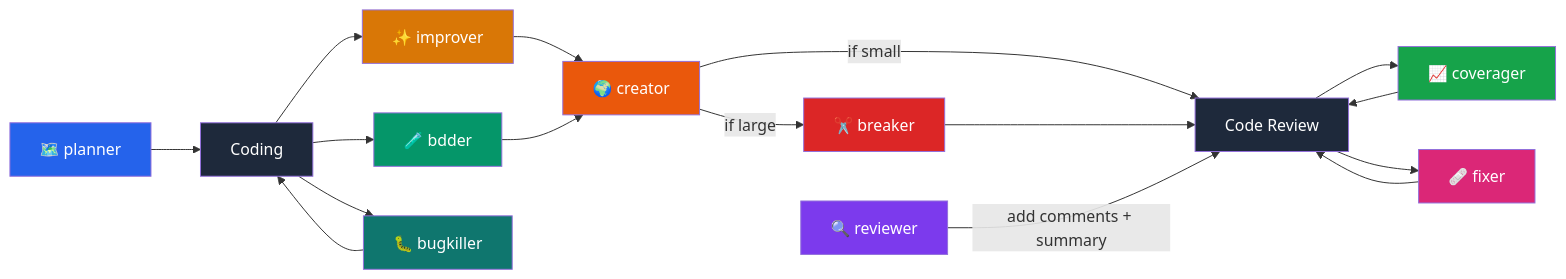
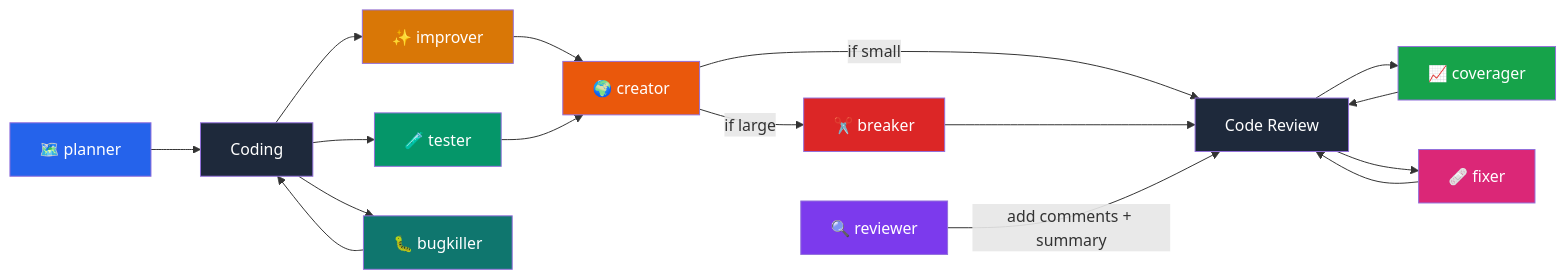
The diagram in README.md (Victorcorcos/skills), drawn with Mermaid before and after one commit. The commit also changed other lines of this file and 5 other files, not shown here.

Commit message:
Update /bdder to /tester

````diff
--- a/README.md
+++ b/README.md
@@ -58,30 +58,30 @@
 ```mermaid
 flowchart LR
     A[🗺️ planner] --> B[Coding]
     B --> C[✨ improver]
-    B --> D[🧪 bdder]
+    B --> D[🧪 tester]
     C --> E[🌍 creator]
     D --> E[🌍 creator]
     E -->|if small| F[Code Review]
     E -->|if large| G[✂️ breaker]
     G --> F
     I[🔍 reviewer] -->|add comments + summary| F
     F --> J[📈 coverager]
     J --> F
     F --> H[🩹 fixer]
     H --> F
     B --> K[🐛 bugkiller]
     K --> B
 
     style A fill:#2563EB,color:#fff
     style C fill:#D97706,color:#fff
     style D fill:#059669,color:#fff
     style E fill:#EA580C,color:#fff
     style F fill:#1e293b,color:#fff
     style G fill:#DC2626,color:#fff
     style H fill:#DB2777,color:#fff
     style I fill:#7C3AED,color:#fff
     style J fill:#16a34a,color:#fff
     style K fill:#0f766e,color:#fff
     style B fill:#1e293b,color:#fff
 ```
````
